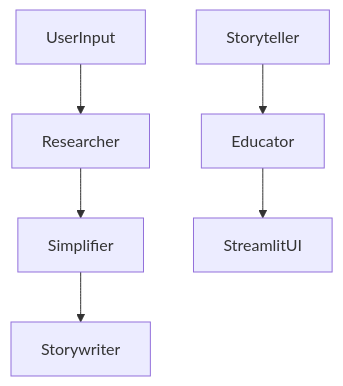
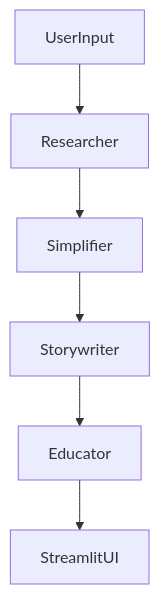
One commit to subhammoda/story-bot-ELI5 changed the diagram in README.md. Above: the diagram before and after it, drawn with Mermaid.

Commit message:
Readme file

````diff
--- a/README.md
+++ b/README.md
@@ -44,8 +44,8 @@
 ```mermaid
 flowchart TD
     UserInput --> Researcher
     Researcher --> Simplifier
     Simplifier --> Storywriter
-    Storyteller --> Educator
+    Storywriter --> Educator
     Educator --> StreamlitUI
 ```
````
